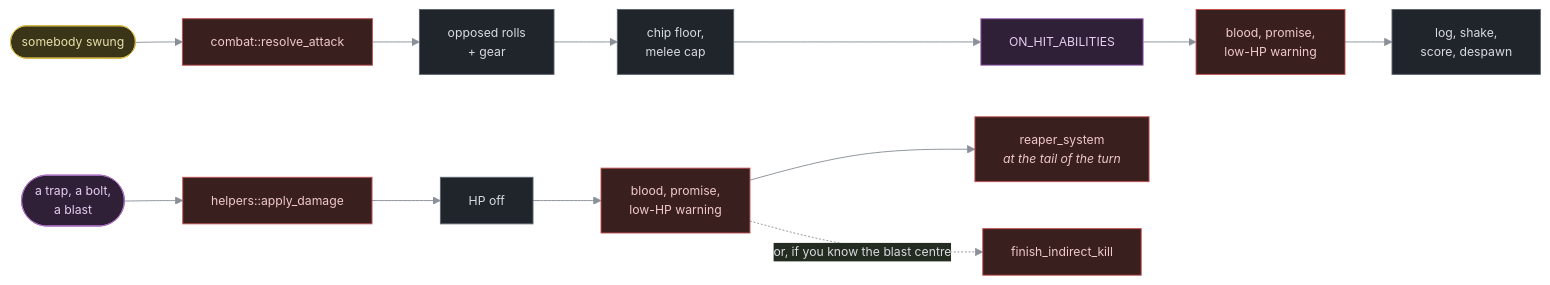
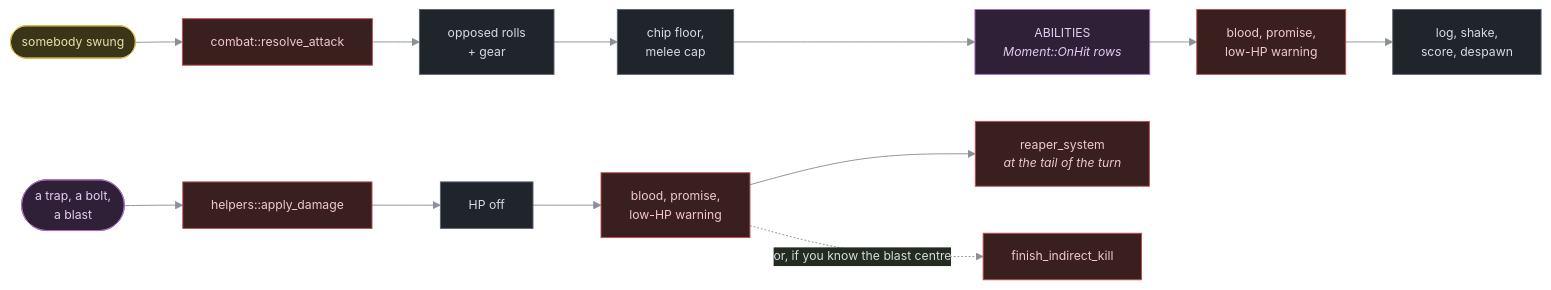
The diagram in docs/how-to/work-with-the-ecs.md (bae-alves/nihilurk), drawn with Mermaid before and after one commit. The commit also changed other lines of this file and 36 other files, not shown here.

````diff
--- a/docs/how-to/work-with-the-ecs.md
+++ b/docs/how-to/work-with-the-ecs.md
@@ -217,21 +217,21 @@
 ```mermaid
 %%{init: {'theme':'base','themeVariables':{
   'primaryColor':'#20242b','primaryTextColor':'#d7dae0',
   'primaryBorderColor':'#5c6370','lineColor':'#8a8f98',
   'fontFamily':'ui-monospace, SFMono-Regular, Menlo, monospace',
   'fontSize':'13px'}}}%%
 flowchart LR
   SW(["somebody swung"]):::hero --> RA["combat::resolve_attack"]:::peril
   RA --> R1["opposed rolls<br/>+ gear"] --> R2["chip floor,<br/>melee cap"]
-  R2 --> R3["ON_HIT_ABILITIES"]:::magic --> R4["blood, promise,<br/>low-HP warning"]:::peril
+  R2 --> R3["ABILITIES<br/><i>Moment::OnHit rows</i>"]:::magic --> R4["blood, promise,<br/>low-HP warning"]:::peril
   R4 --> R5["log, shake,<br/>score, despawn"]
 
   NO(["a trap, a bolt,<br/>a blast"]):::magic --> AD["helpers::apply_damage"]:::peril
   AD --> A1["HP off"] --> A2["blood, promise,<br/>low-HP warning"]:::peril
   A2 --> RP["reaper_system<br/><i>at the tail of the turn</i>"]:::peril
   A2 -. "or, if you know the blast centre" .-> FI["finish_indirect_kill"]:::peril
   classDef hero fill:#3a3418,stroke:#d7ba4a,color:#e8dfa8
   classDef peril fill:#3a1f1f,stroke:#c05050,color:#f0c8c8
   classDef magic fill:#2f2038,stroke:#a86fc0,color:#e6cdf0
   classDef cold  fill:#17323a,stroke:#4aa3c0,color:#bfe4f0
 ```
````
